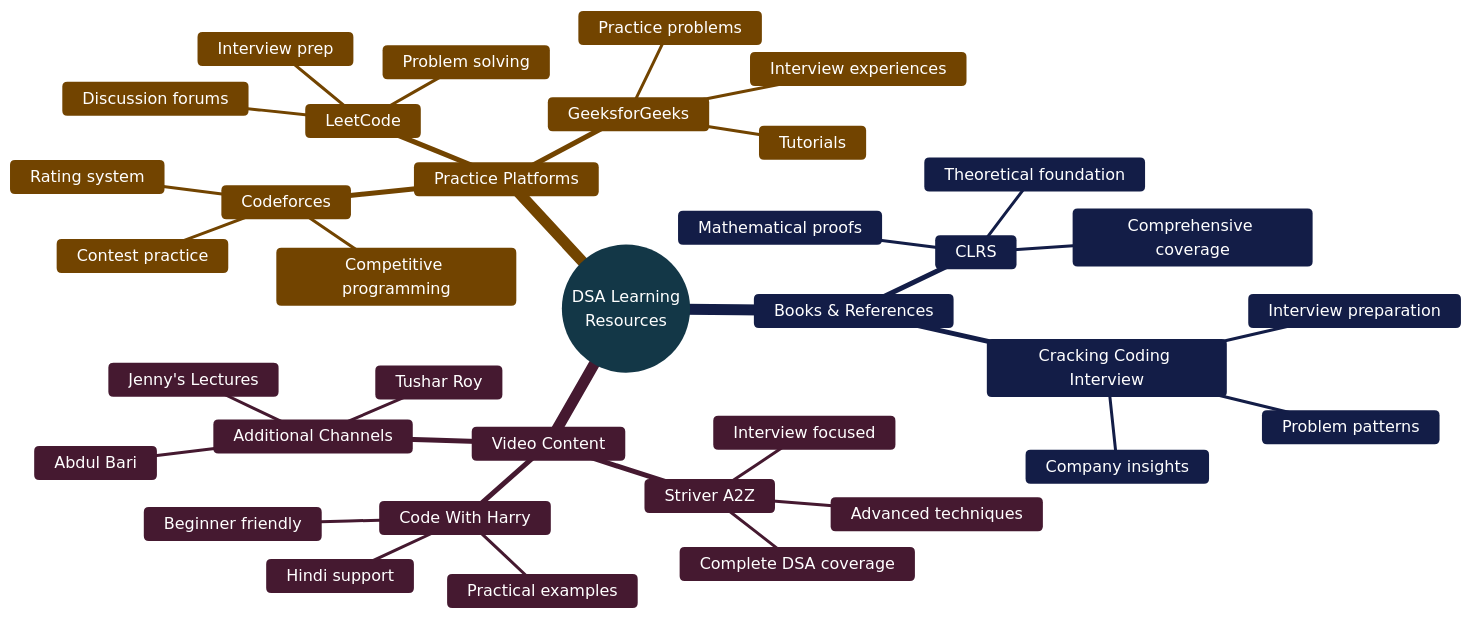
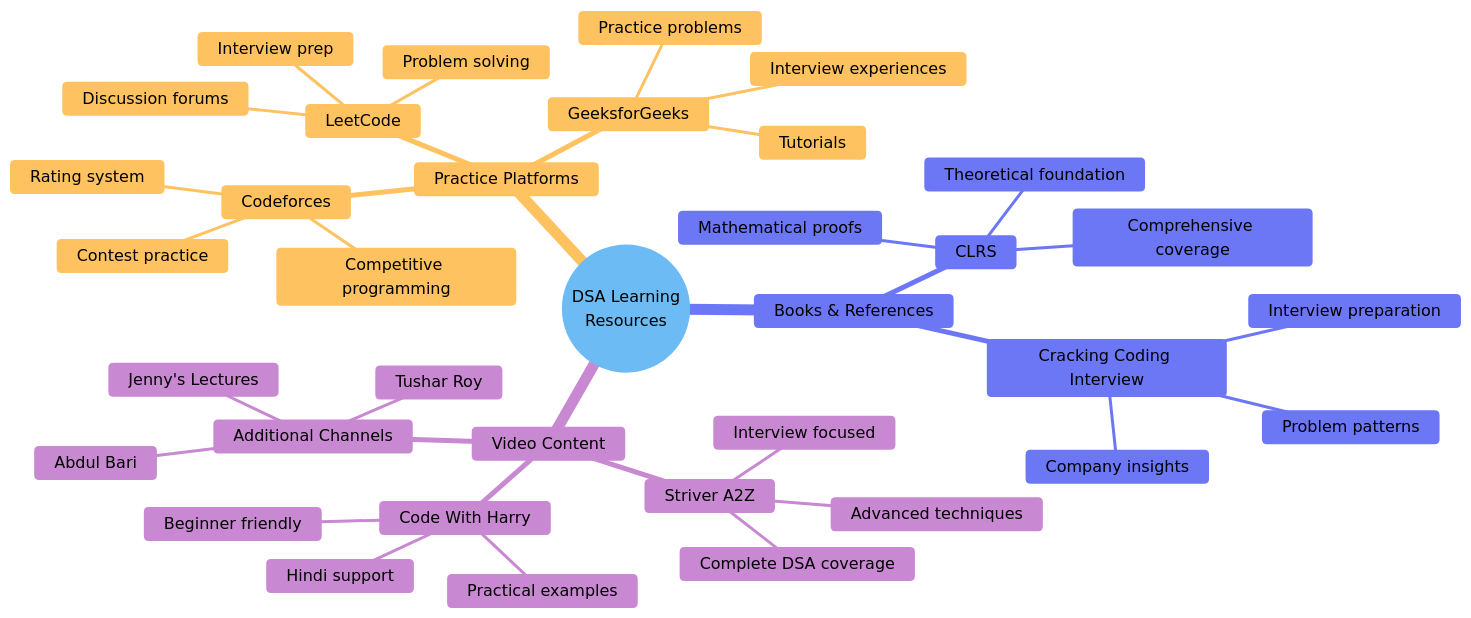
One commit to AbhishekGiri04/CodeVault changed the first of 6 diagrams in references/learning-resources.md. Above: the diagram before and after it, drawn with Mermaid. The commit also changed other lines of this file, not shown here.

Commit message:
Shorten timeline text and reduce font size for better box visibility

````diff
--- a/references/learning-resources.md
+++ b/references/learning-resources.md
@@ -17,41 +17,41 @@
 ```mermaid
 mindmap
   root((DSA Learning<br/>Resources))
     Video Content
       Striver A2Z
         Complete DSA coverage
         Interview focused
         Advanced techniques
       Code With Harry
         Beginner friendly
         Hindi support
         Practical examples
       Additional Channels
         Abdul Bari
         Jenny's Lectures
         Tushar Roy
     Practice Platforms
       LeetCode
         Problem solving
         Interview prep
         Discussion forums
       Codeforces
         Competitive programming
         Contest practice
         Rating system
       GeeksforGeeks
         Tutorials
         Practice problems
         Interview experiences
     Books & References
       CLRS
         Theoretical foundation
         Mathematical proofs
         Comprehensive coverage
       Cracking Coding Interview
         Interview preparation
         Problem patterns
         Company insights
 
-%%{init: {'theme':'base', 'themeVariables': {'primaryColor':'#2E86AB', 'primaryTextColor':'#ffffff', 'primaryBorderColor':'#ffffff', 'lineColor':'#4A4A4A', 'secondaryColor':'#A23B72', 'tertiaryColor':'#F18F01', 'background':'#C73E1D', 'mainBkg':'#2E86AB', 'secondBkg':'#A23B72', 'tertiaryBkg':'#F18F01'}}}%%
+%%{init: {'theme':'base', 'themeVariables': {'primaryColor':'#e3f2fd', 'primaryTextColor':'#000000', 'primaryBorderColor':'#2196f3', 'lineColor':'#666666', 'secondaryColor':'#f3e5f5', 'tertiaryColor':'#fff3e0', 'background':'#ffffff', 'mainBkg':'#e8f5e8', 'secondBkg':'#fce4ec', 'tertiaryBkg':'#fff8e1'}}}%%
 ```
````
